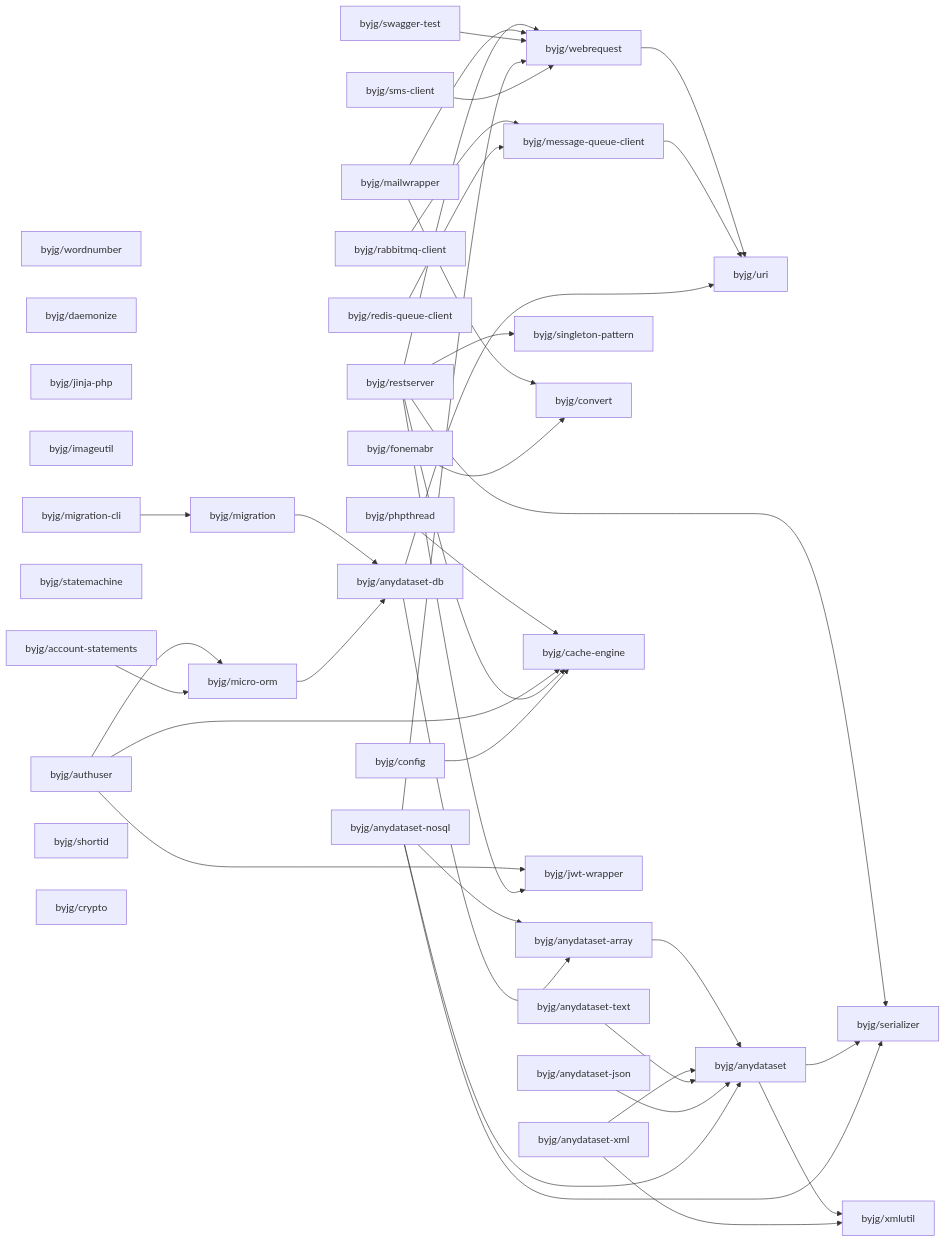
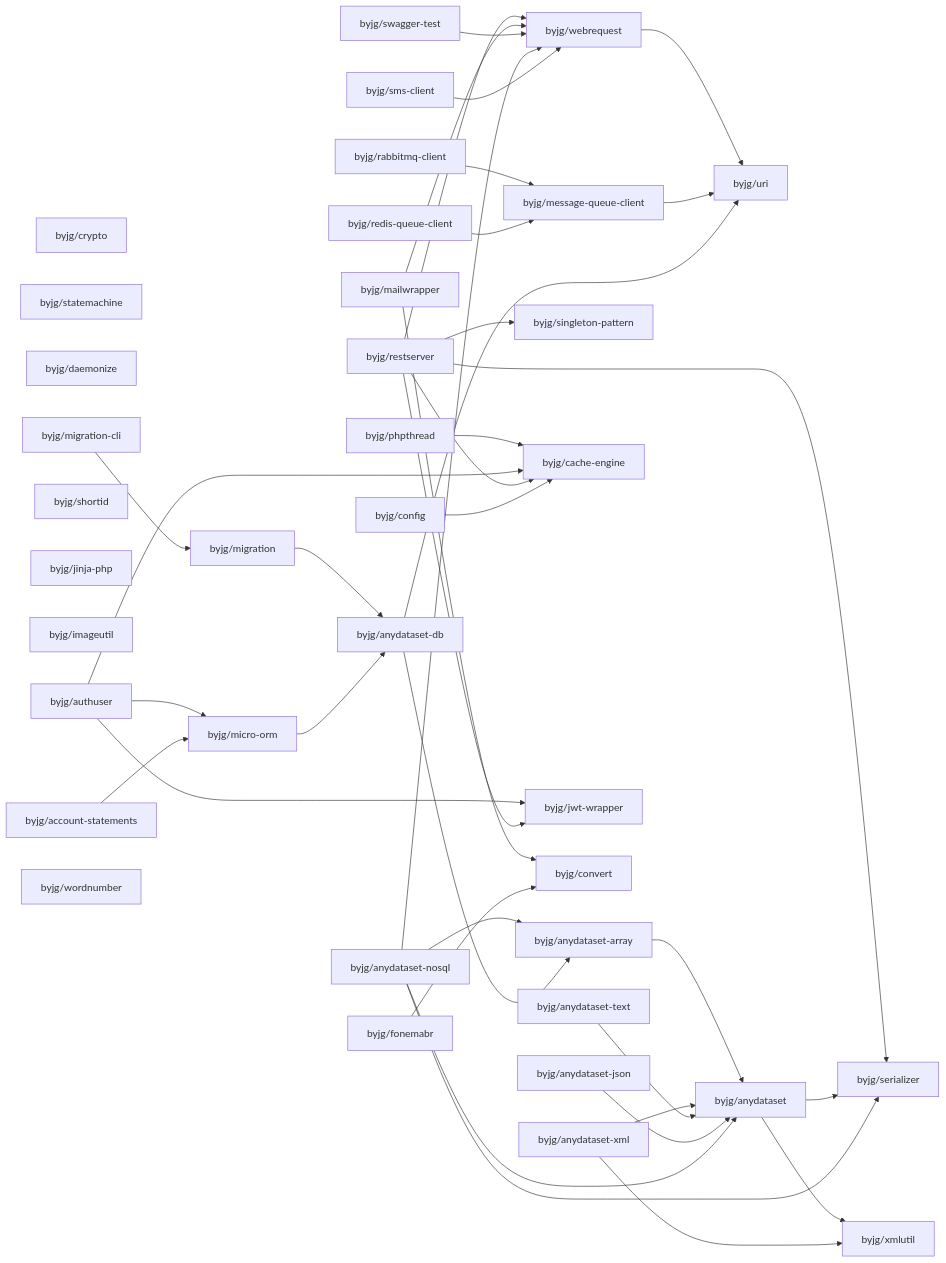
One commit to byjg/byjg.github.io changed the diagram in docs/php/README.md. Above: the diagram before and after it, drawn with Mermaid. The commit also changed other lines of this file, not shown here.

Commit message:
Update documentation 'php' 'php-webrequest'

````diff
--- a/docs/php/README.md
+++ b/docs/php/README.md
@@ -3,76 +3,76 @@
 ```mermaid
 graph LR;
+  byjg/crypto;
+  byjg/sms-client;
+  byjg/statemachine;
+  byjg/daemonize;
+  byjg/account-statements;
+  byjg/restserver;
+  byjg/rabbitmq-client;
+  byjg/fonemabr;
+  byjg/config;
+  byjg/shortid;
+  byjg/jinja-php;
+  byjg/redis-queue-client;
+  byjg/imageutil;
+  byjg/anydataset-nosql;
+  byjg/swagger-test;
+  byjg/phpthread;
+  byjg/anydataset-text;
+  byjg/migration-cli;
+  byjg/anydataset-xml;
+  byjg/authuser;
   byjg/mailwrapper;
-  byjg/swagger-test;
   byjg/wordnumber;
-  byjg/phpthread;
-  byjg/daemonize;
-  byjg/restserver;
   byjg/anydataset-json;
-  byjg/fonemabr;
-  byjg/anydataset-nosql;
-  byjg/anydataset-text;
-  byjg/sms-client;
-  byjg/jinja-php;
-  byjg/anydataset-xml;
-  byjg/imageutil;
-  byjg/migration-cli;
-  byjg/statemachine;
-  byjg/config;
-  byjg/authuser;
-  byjg/redis-queue-client;
-  byjg/account-statements;
-  byjg/shortid;
-  byjg/rabbitmq-client;
-  byjg/crypto;
   byjg/singleton-pattern;
+  byjg/message-queue-client;
+  byjg/migration;
+  byjg/micro-orm;
+  byjg/cache-engine;
+  byjg/jwt-wrapper;
   byjg/convert;
   byjg/webrequest;
-  byjg/migration;
-  byjg/cache-engine;
-  byjg/jwt-wrapper;
-  byjg/micro-orm;
-  byjg/message-queue-client;
   byjg/anydataset-db;
   byjg/anydataset-array;
   byjg/uri;
   byjg/anydataset;
   byjg/serializer;
   byjg/xmlutil;
   byjg/phpthread --> byjg/cache-engine;
   byjg/authuser --> byjg/micro-orm;
   byjg/authuser --> byjg/cache-engine;
   byjg/authuser --> byjg/jwt-wrapper;
   byjg/anydataset-array --> byjg/anydataset;
   byjg/restserver --> byjg/serializer;
   byjg/restserver --> byjg/singleton-pattern;
   byjg/restserver --> byjg/cache-engine;
   byjg/restserver --> byjg/webrequest;
   byjg/restserver --> byjg/jwt-wrapper;
   byjg/mailwrapper --> byjg/convert;
   byjg/mailwrapper --> byjg/webrequest;
   byjg/swagger-test --> byjg/webrequest;
   byjg/migration --> byjg/anydataset-db;
   byjg/account-statements --> byjg/micro-orm;
   byjg/anydataset --> byjg/serializer;
   byjg/anydataset --> byjg/xmlutil;
   byjg/fonemabr --> byjg/convert;
   byjg/anydataset-xml --> byjg/anydataset;
   byjg/anydataset-xml --> byjg/xmlutil;
   byjg/webrequest --> byjg/uri;
   byjg/config --> byjg/cache-engine;
   byjg/migration-cli --> byjg/migration;
   byjg/anydataset-text --> byjg/anydataset;
   byjg/micro-orm --> byjg/anydataset-db;
   byjg/message-queue-client --> byjg/uri;
   byjg/anydataset-json --> byjg/anydataset;
   byjg/anydataset-nosql --> byjg/anydataset;
   byjg/anydataset-nosql --> byjg/anydataset-array;
   byjg/anydataset-nosql --> byjg/serializer;
   byjg/anydataset-nosql --> byjg/webrequest;
   byjg/anydataset-db --> byjg/anydataset-array;
   byjg/anydataset-db --> byjg/uri;
   byjg/rabbitmq-client --> byjg/message-queue-client;
   byjg/redis-queue-client --> byjg/message-queue-client;
   byjg/sms-client --> byjg/webrequest;
 ```
````
